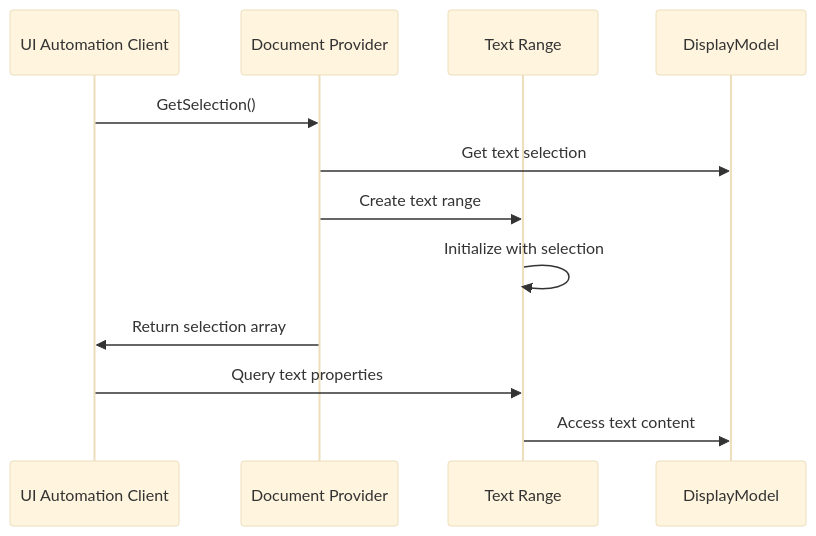
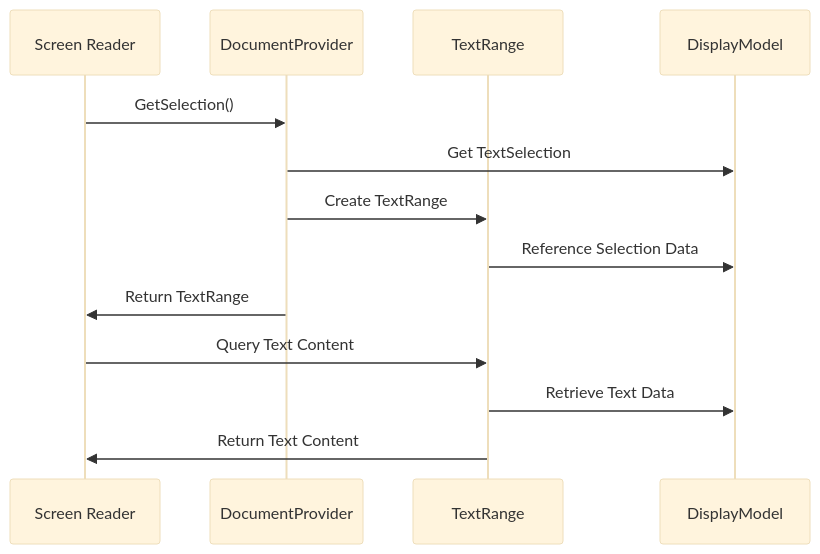
One commit to FSoft-AI4Code/codewiki-demo changed the fourth of 6 diagrams in docs/sumatrapdfreader--sumatrapdf-docs/document_provider.md. Above: the diagram before and after it, drawn with Mermaid (base theme). The commit also changed other lines of this file and 1103 other files, not shown here.

````diff
--- a/docs/sumatrapdfreader--sumatrapdf-docs/document_provider.md
+++ b/docs/sumatrapdfreader--sumatrapdf-docs/document_provider.md
@@ -120,15 +122,16 @@
 ```mermaid
 sequenceDiagram
-    participant UIA as UI Automation Client
-    participant DP as Document Provider
-    participant TR as Text Range
+    participant SR as Screen Reader
+    participant DP as DocumentProvider
+    participant TR as TextRange
     participant DM as DisplayModel
     
-    UIA->>DP: GetSelection()
-    DP->>DM: Get text selection
-    DP->>TR: Create text range
-    TR->>TR: Initialize with selection
-    DP->>UIA: Return selection array
-    UIA->>TR: Query text properties
-    TR->>DM: Access text content
+    SR->>DP: GetSelection()
+    DP->>DM: Get TextSelection
+    DP->>TR: Create TextRange
+    TR->>DM: Reference Selection Data
+    DP->>SR: Return TextRange
+    SR->>TR: Query Text Content
+    TR->>DM: Retrieve Text Data
+    TR->>SR: Return Text Content
 ```
````
